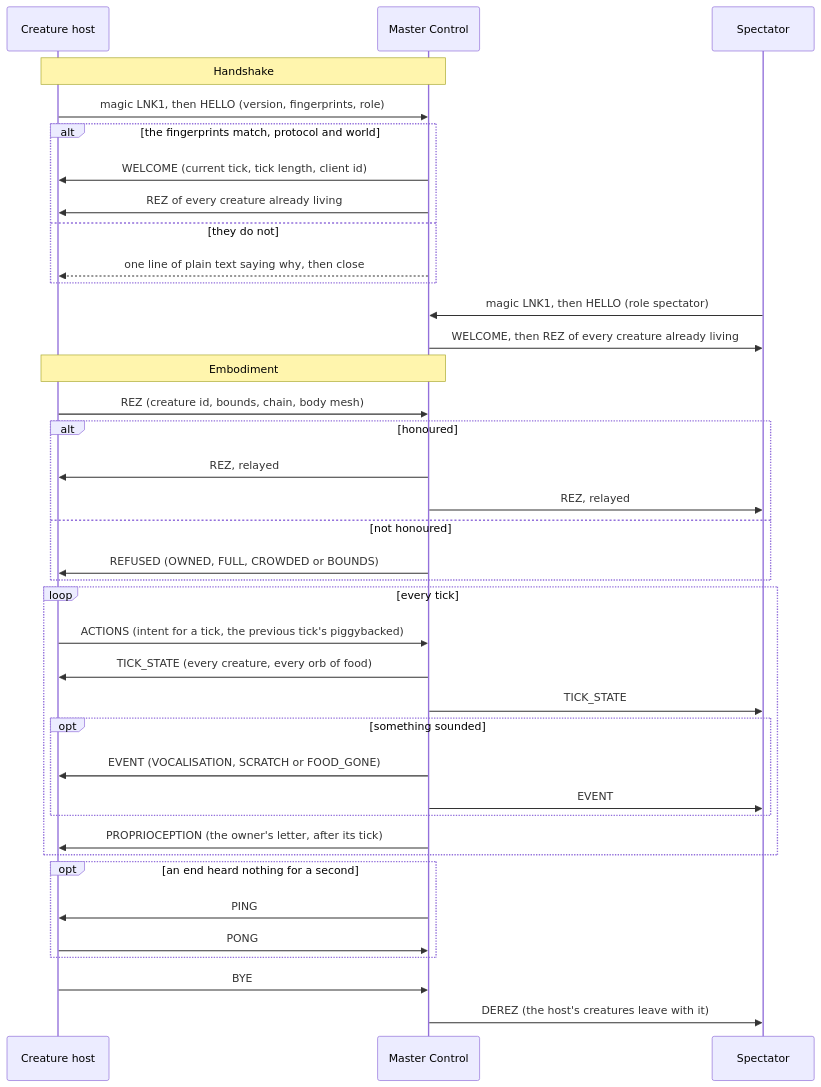
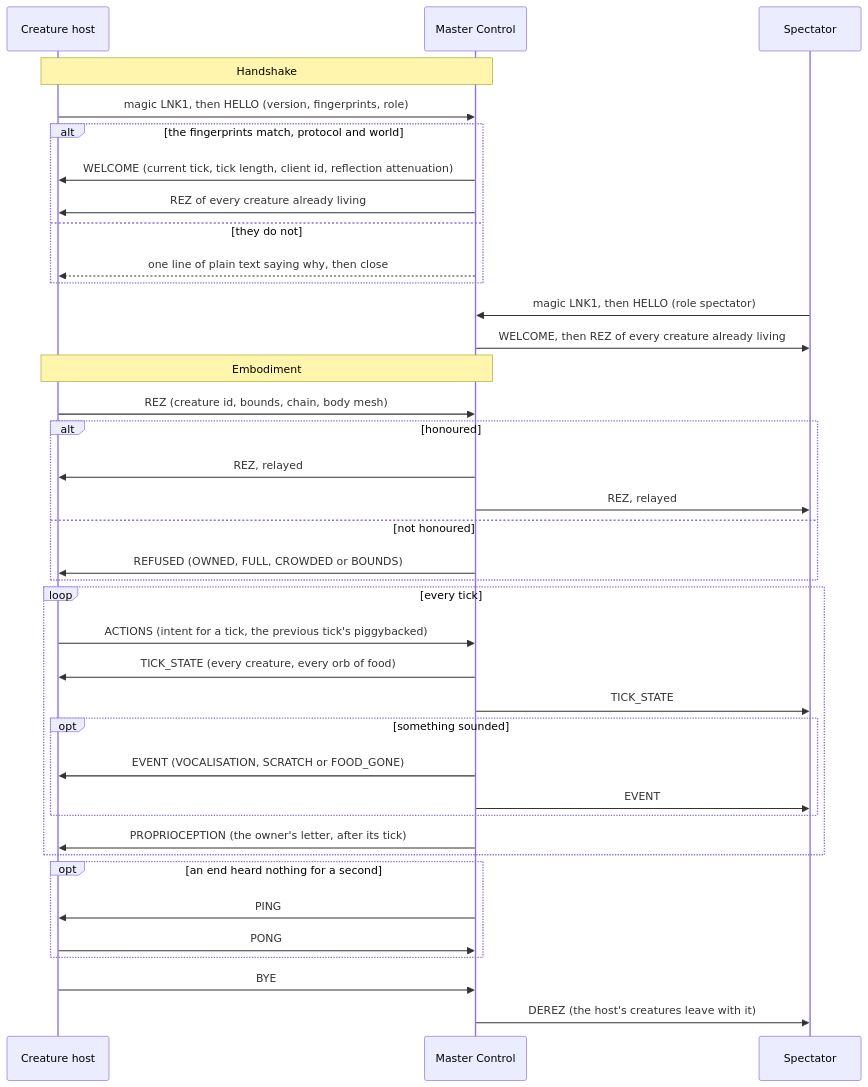
One commit to ai-quokka-wannabe/link changed the second of 3 diagrams in docs/PROTOCOL.md. Above: the diagram before and after it, drawn with Mermaid. The commit also changed other lines of this file and 10 other files, not shown here.

First line of the commit message:
Protocol v13: reflection attenuation in WELCOME, no non-finite floats

````diff
--- a/docs/PROTOCOL.md
+++ b/docs/PROTOCOL.md
@@ -70,45 +70,45 @@
 ```mermaid
 sequenceDiagram
     participant H as Creature host
     participant MC as Master Control
     participant S as Spectator
 
     Note over H,MC: Handshake
     H->>MC: magic LNK1, then HELLO (version, fingerprints, role)
     alt the fingerprints match, protocol and world
-        MC->>H: WELCOME (current tick, tick length, client id)
+        MC->>H: WELCOME (current tick, tick length, client id, reflection attenuation)
         MC->>H: REZ of every creature already living
     else they do not
         MC-->>H: one line of plain text saying why, then close
     end
     S->>MC: magic LNK1, then HELLO (role spectator)
     MC->>S: WELCOME, then REZ of every creature already living
 
     Note over H,MC: Embodiment
     H->>MC: REZ (creature id, bounds, chain, body mesh)
     alt honoured
         MC->>H: REZ, relayed
         MC->>S: REZ, relayed
     else not honoured
         MC->>H: REFUSED (OWNED, FULL, CROWDED or BOUNDS)
     end
 
     loop every tick
         H->>MC: ACTIONS (intent for a tick, the previous tick's piggybacked)
         MC->>H: TICK_STATE (every creature, every orb of food)
         MC->>S: TICK_STATE
         opt something sounded
             MC->>H: EVENT (VOCALISATION, SCRATCH or FOOD_GONE)
             MC->>S: EVENT
         end
         MC->>H: PROPRIOCEPTION (the owner's letter, after its tick)
     end
 
     opt an end heard nothing for a second
         MC->>H: PING
         H->>MC: PONG
     end
 
     H->>MC: BYE
     MC->>S: DEREZ (the host's creatures leave with it)
 ```
````
